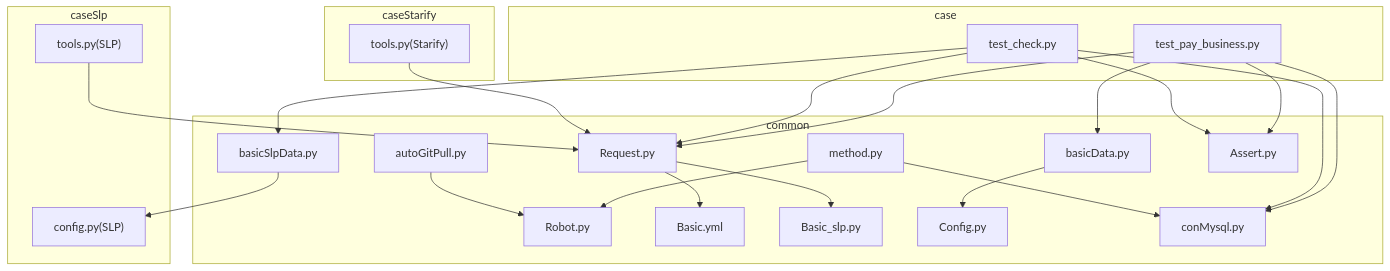
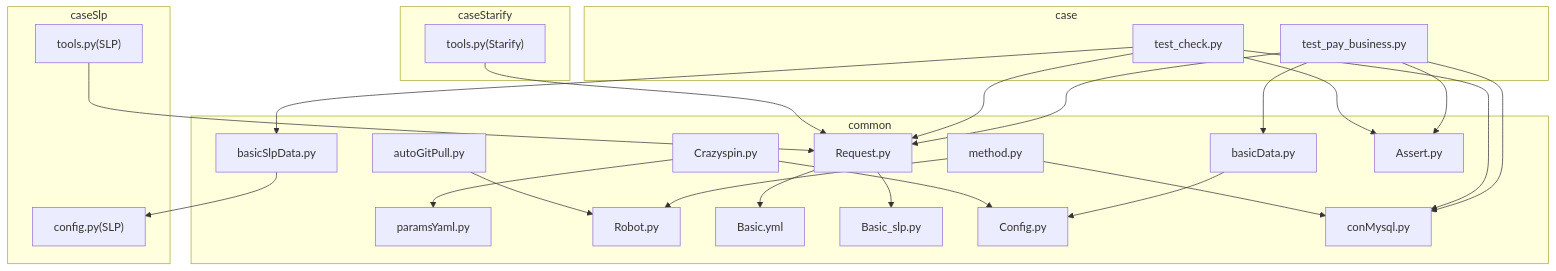
The first of 6 diagrams in .qoder/repowiki/zh/content/核心模块/工具方法模块.md (liximing1-ola/qa-payTest), drawn with Mermaid before and after one commit. The commit also changed other lines of this file and 6 other files, not shown here.

````diff
--- a/.qoder/repowiki/zh/content/核心模块/工具方法模块.md
+++ b/.qoder/repowiki/zh/content/核心模块/工具方法模块.md
@@ -62,44 +77,48 @@
 ```mermaid
 graph TB
 subgraph "common"
 BD["basicData.py"]
 BSD["basicSlpData.py"]
 M["method.py"]
+CS["Crazyspin.py"]
+PY["paramsYaml.py"]
 R["Robot.py"]
 AGP["autoGitPull.py"]
 BYML["Basic.yml"]
 BSLP["Basic_slp.py"]
 CFG["Config.py"]
 CM["conMysql.py"]
 REQ["Request.py"]
 AS["Assert.py"]
 end
 subgraph "caseSlp"
 CST["tools.py(SLP)"]
 CSCFG["config.py(SLP)"]
 end
 subgraph "caseStarify"
 CST2["tools.py(Starify)"]
 end
 subgraph "case"
 TPB["test_pay_business.py"]
 TSC["test_check.py"]
 end
 TPB --> BD
 TPB --> CM
 TPB --> REQ
 TPB --> AS
 TSC --> BSD
 TSC --> CM
 TSC --> REQ
 TSC --> AS
 BD --> CFG
 BSD --> CSCFG
 REQ --> BYML
 REQ --> BSLP
 M --> CM
 M --> R
 AGP --> R
 CST --> REQ
 CST2 --> REQ
+CS --> CFG
+CS --> PY
 ```
````
